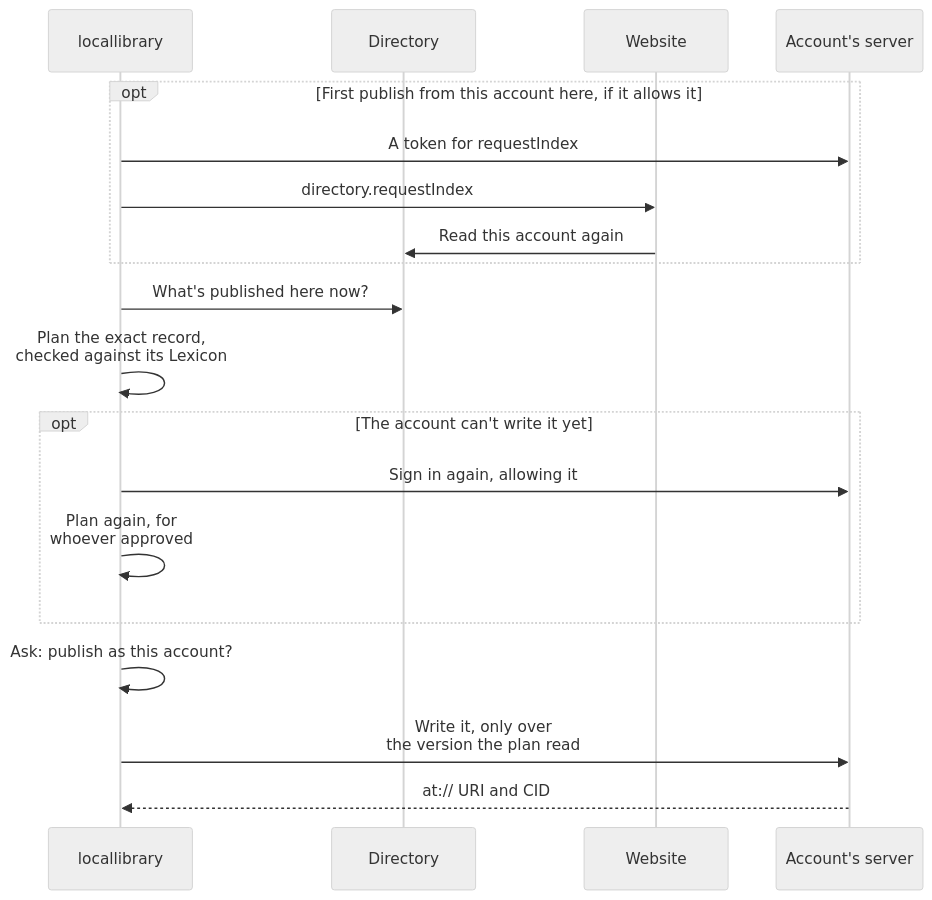
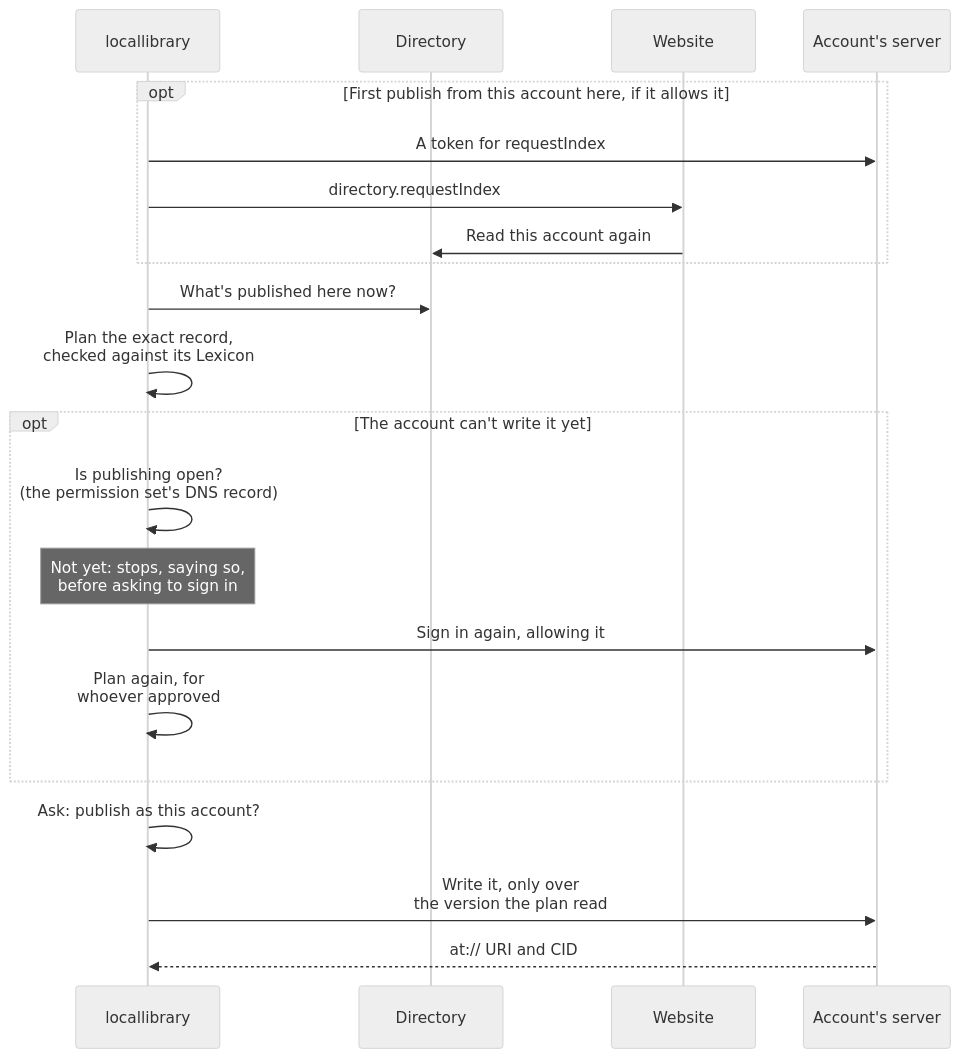
Before and after one commit to cutenode/localnetwork: the first of 8 diagrams in apps/locallibrary/docs/diagrams/publishing-and-services.md, drawn with Mermaid (neutral theme). The commit also changed other lines of this file and 1 other file, not shown here.

Commit message:
docs(locallibrary): draw the publishing check in the sign-in and publish diagrams
Refs LOC-1091

````diff
--- a/apps/locallibrary/docs/diagrams/publishing-and-services.md
+++ b/apps/locallibrary/docs/diagrams/publishing-and-services.md
@@ -18,21 +18,23 @@
 ```mermaid
 sequenceDiagram
     participant L as locallibrary
     participant D as Directory
     participant W as Website
     participant S as Account's server
     opt First publish from this account here, if it allows it
         L->>S: A token for requestIndex
         L->>W: directory.requestIndex
         W->>D: Read this account again
     end
     L->>D: What's published here now?
     L->>L: Plan the exact record,<br/>checked against its Lexicon
     opt The account can't write it yet
+        L->>L: Is publishing open?<br/>(the permission set's DNS record)
+        Note over L: Not yet: stops, saying so,<br/>before asking to sign in
         L->>S: Sign in again, allowing it
         L->>L: Plan again, for<br/>whoever approved
     end
     L->>L: Ask: publish as this account?
     L->>S: Write it, only over<br/>the version the plan read
     S-->>L: at:// URI and CID
 ```
````
